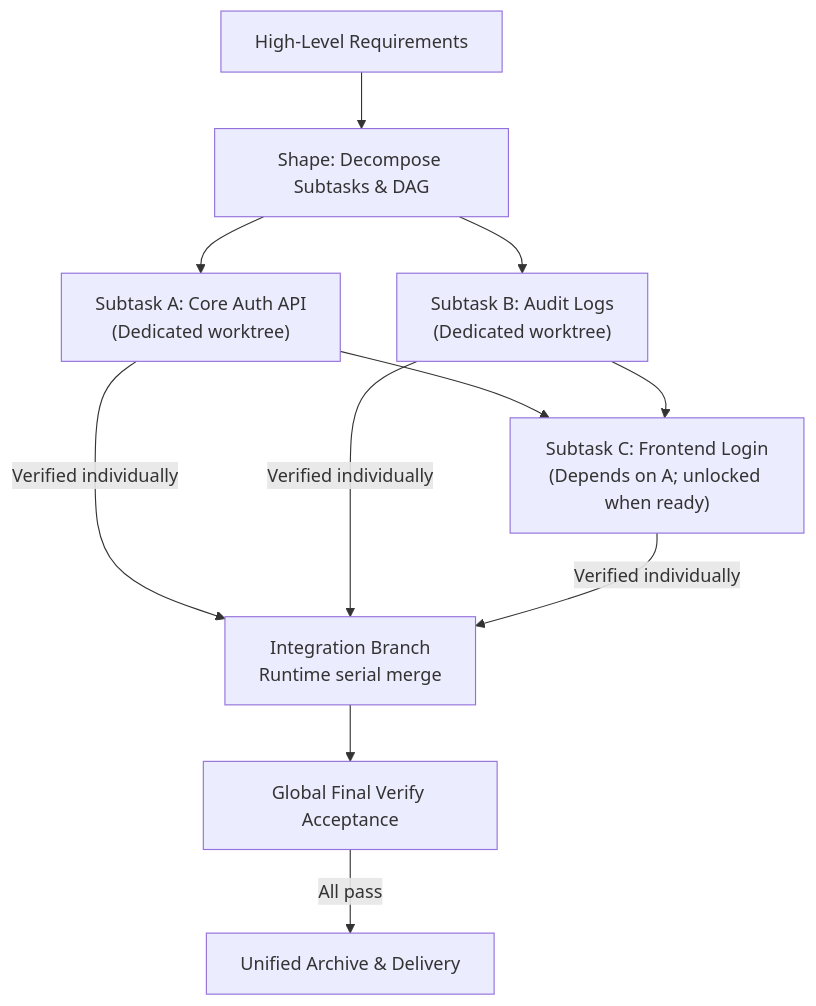
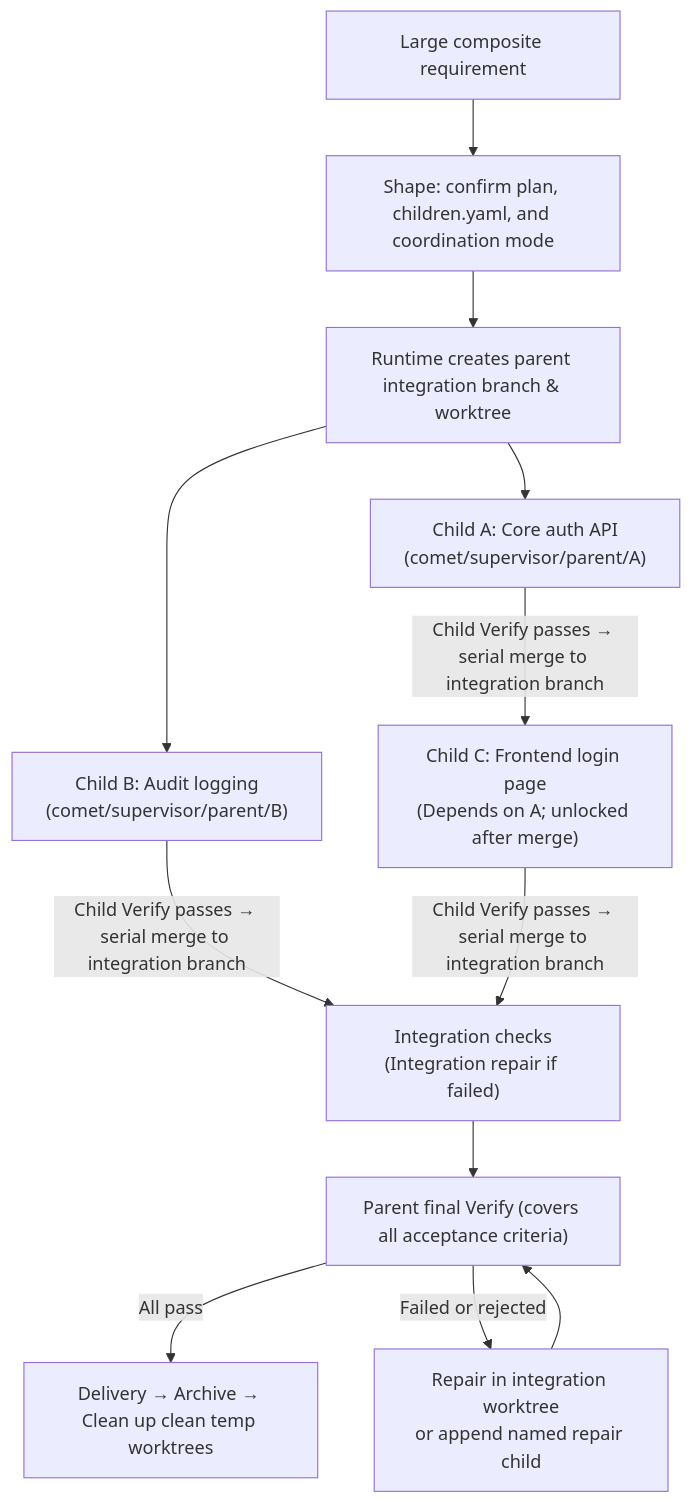
The diagram in en/native/supervisor-change.mdx (rpamis/comet-website-docs), drawn with Mermaid before and after one commit. The commit also changed other lines of this file and 88 other files, not shown here.

````diff
--- a/en/native/supervisor-change.mdx
+++ b/en/native/supervisor-change.mdx
@@ -17,13 +17,14 @@
 ```mermaid
 flowchart TD
-  M["High-Level Requirements"] --> S["Shape: Decompose Subtasks & DAG"]
-  S --> C1["Subtask A: Core Auth API<br/>(Dedicated worktree)"]
-  S --> C2["Subtask B: Audit Logs<br/>(Dedicated worktree)"]
-  C1 --> C3["Subtask C: Frontend Login<br/>(Depends on A; unlocked when ready)"]
-  C2 --> C3
-  C1 -->|Verified individually| I["Integration Branch<br/>Runtime serial merge"]
-  C2 -->|Verified individually| I
-  C3 -->|Verified individually| I
-  I --> V["Global Final Verify Acceptance"]
-  V -->|All pass| A["Unified Archive & Delivery"]
+  M["Large composite requirement"] --> S["Shape: confirm plan, children.yaml, and coordination mode"]
+  S --> P["Runtime creates parent integration branch & worktree"]
+  P --> C1["Child A: Core auth API<br/>(comet/supervisor/parent/A)"]
+  P --> C2["Child B: Audit logging<br/>(comet/supervisor/parent/B)"]
+  C1 -->|"Child Verify passes → serial merge to integration branch"| C3["Child C: Frontend login page<br/>(Depends on A; unlocked after merge)"]
+  C2 -->|"Child Verify passes → serial merge to integration branch"| I["Integration checks<br/>(Integration repair if failed)"]
+  C3 -->|"Child Verify passes → serial merge to integration branch"| I
+  I --> V["Parent final Verify (covers all acceptance criteria)"]
+  V -->|"All pass"| D["Delivery → Archive → Clean up clean temp worktrees"]
+  V -->|"Failed or rejected"| F["Repair in integration worktree<br/>or append named repair child"]
+  F --> V
 ```
````
